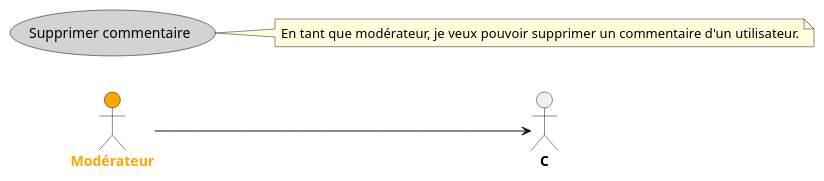
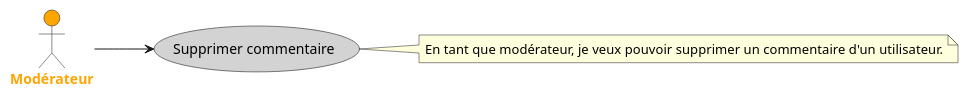
Before and after one commit to fledgless/Fortuna-Nexus: the diagram in public/conception/diagrams/user stories/ModComment.puml, drawn with PlantUML. The commit also changed 6 other files, not shown here.

```diff
--- a/public/conception/diagrams/user stories/ModComment.puml
+++ b/public/conception/diagrams/user stories/ModComment.puml
@@ -1,22 +1,22 @@
 @startuml UserStoryModComment
 
 left to right direction
 skinparam actorFontStyle bold
 skinparam usecase {
     BackgroundColor YellowGreen
     BorderColor Black
 }
 
 actor "Modérateur" as M #Orange;text:Orange
 
 usecase "Supprimer commentaire" as Sc #LightGray;text:Black
 
 ' Relations entre acteurs et cas d'utilisation
-M --> C
+M --> Sc
 
 ' Description des cas d'utilisation
 note right of Sc
     En tant que modérateur, je veux pouvoir supprimer un commentaire d'un utilisateur.
 end note
 
 @enduml
```
